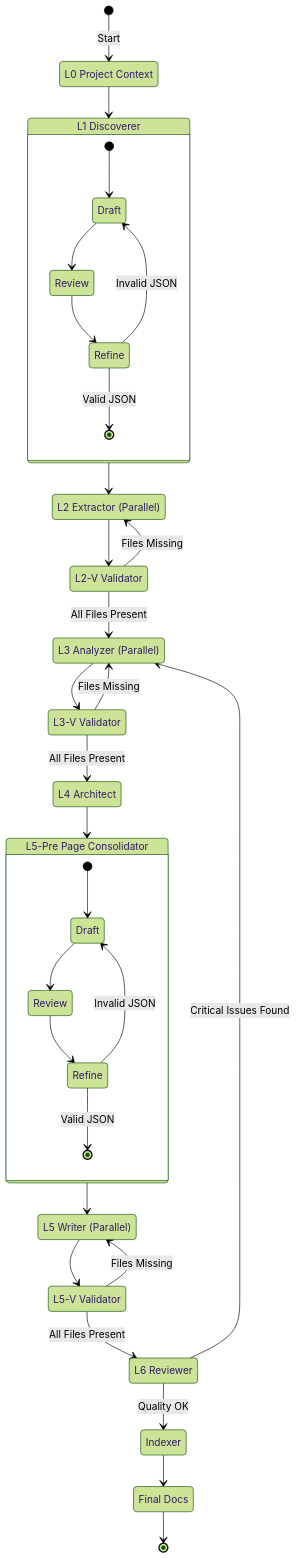
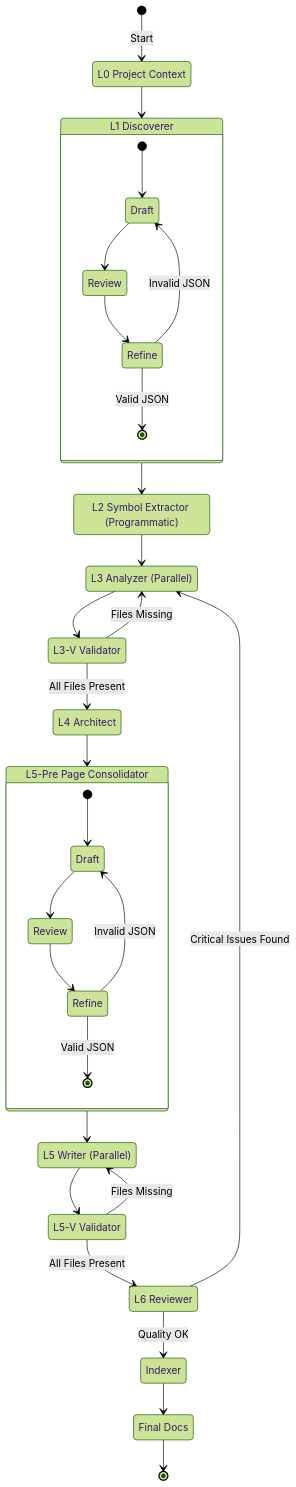
Before and after one commit to ifapmzadu6/vscode-copilot-deepwiki-extention: the diagram in README.md, drawn with Mermaid (forest theme). The commit also changed other lines of this file and 3 other files, not shown here.

````diff
--- a/README.md
+++ b/README.md
@@ -22,61 +22,58 @@
 ```mermaid
 stateDiagram-v2
     [*] --> L0: Start
 
     L0: L0 Project Context
     L1: L1 Discoverer
-    L2: L2 Extractor (Parallel)
-    L2V: L2-V Validator
+    L2: L2 Symbol Extractor (Programmatic)
     L3: L3 Analyzer (Parallel)
     L3V: L3-V Validator
     L4: L4 Architect
     L5Pre: L5-Pre Page Consolidator
     L5: L5 Writer (Parallel)
     L5V: L5-V Validator
     L6: L6 Reviewer
     Indexer: Indexer
     Done: Final Docs
 
     L0 --> L1
     
     state L1 {
         [*] --> Draft
         Draft --> Review
         Review --> Refine
         Refine --> [*]: Valid JSON
         Refine --> Draft: Invalid JSON
     }
     
     L1 --> L2
-    L2 --> L2V
-    L2V --> L2: Files Missing
-    L2V --> L3: All Files Present
+    L2 --> L3
     
     L3 --> L3V
     L3V --> L3: Files Missing
     L3V --> L4: All Files Present
     
     L4 --> L5Pre
     
     state L5Pre {
         [*] --> Draft5
         Draft5: Draft
         Review5: Review
         Refine5: Refine
         Draft5 --> Review5
         Review5 --> Refine5
         Refine5 --> [*]: Valid JSON
         Refine5 --> Draft5: Invalid JSON
     }
     
     L5Pre --> L5
     L5 --> L5V
     L5V --> L5: Files Missing
     L5V --> L6: All Files Present
     
     L6 --> L3: Critical Issues Found
     L6 --> Indexer: Quality OK
     
     Indexer --> Done
     Done --> [*]
 ```
````
